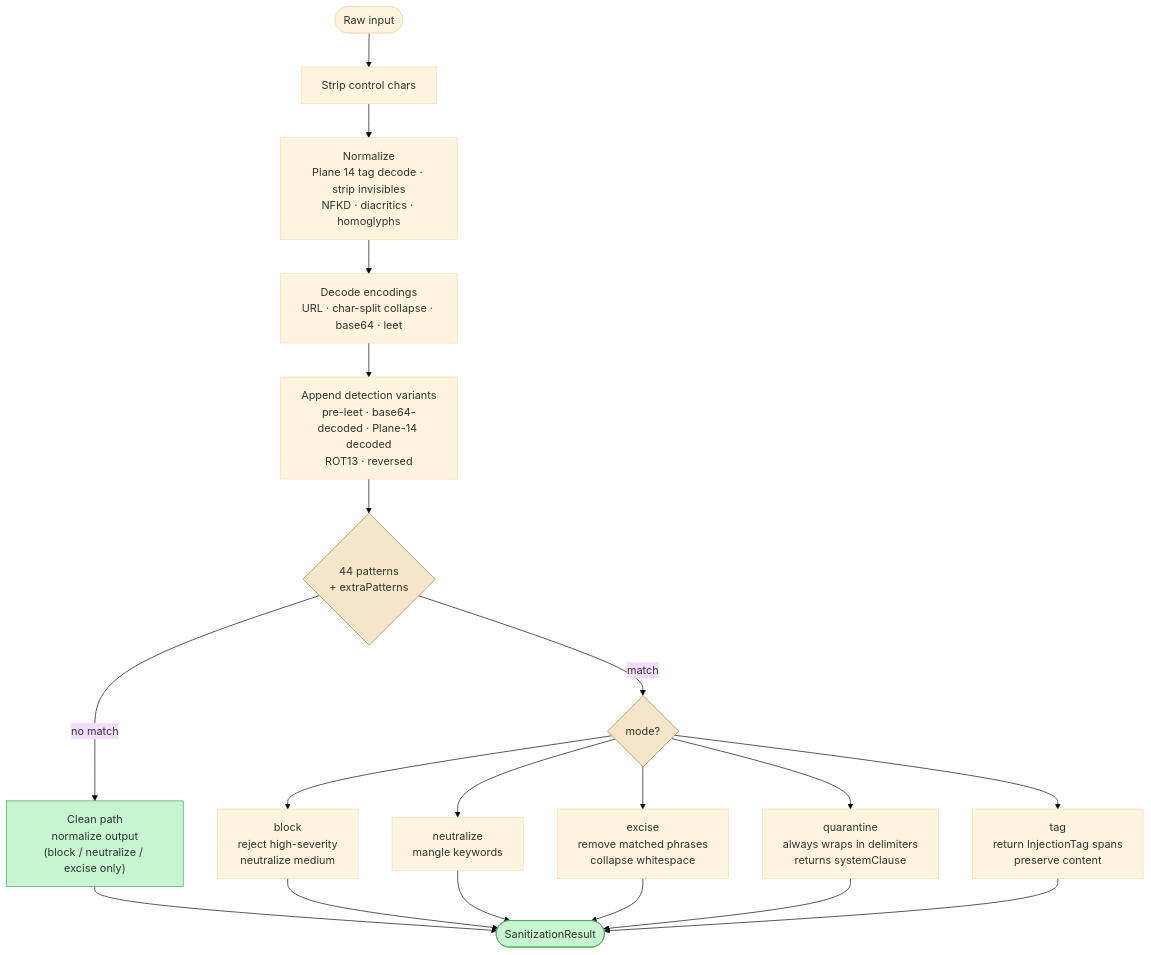
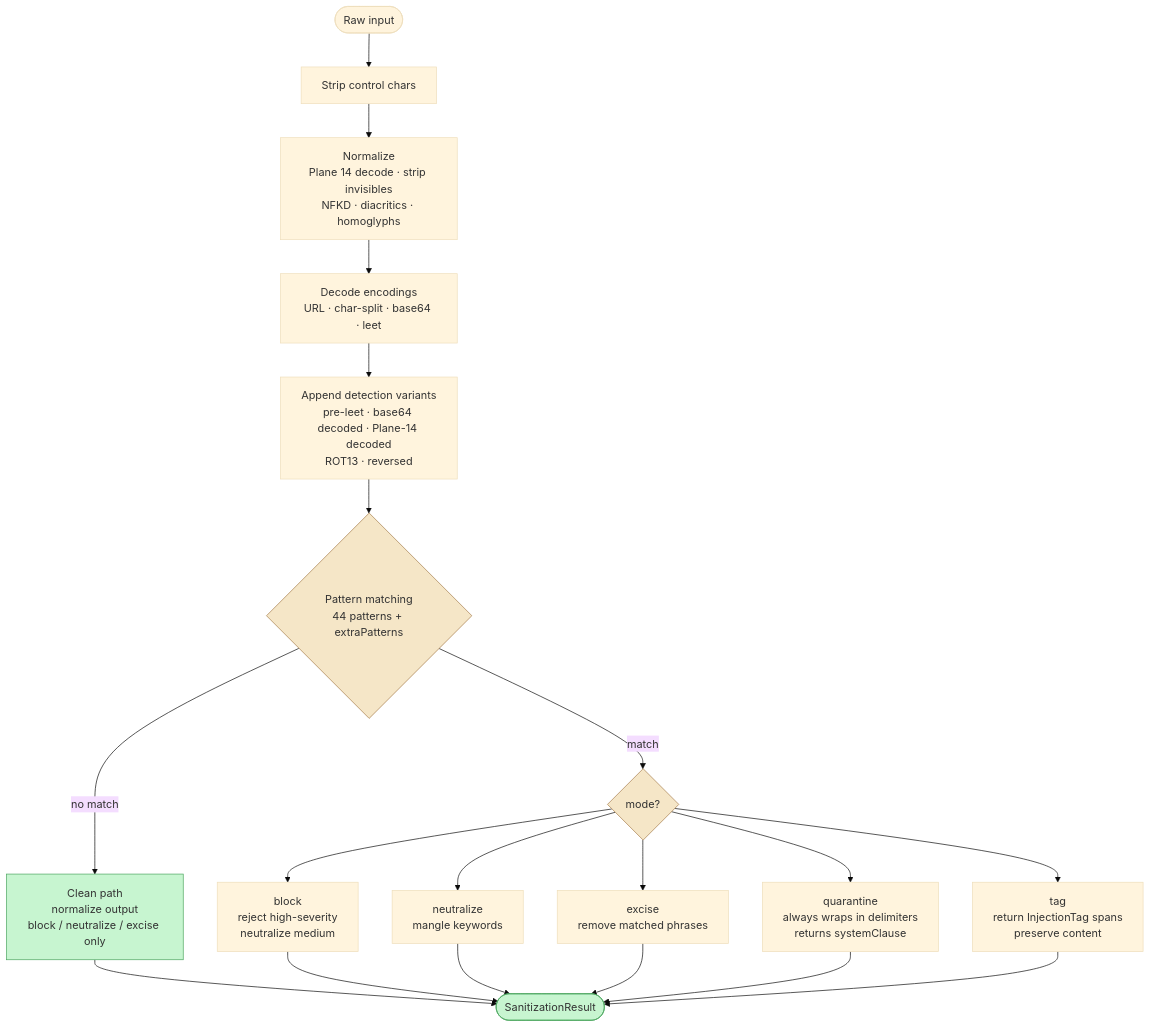
Before and after one commit to shanemhamilton/llm-prompt-guard: the second of 2 diagrams in README.md, drawn with Mermaid (base theme). The commit also changed other lines of this file, not shown here.

Commit message:
docs: fix mermaid diagram rendering on GitHub
Replace \n with <br/> in node labels and expand the combined
multi-source arrow (CLEAN & BL & ... --> OUT) into individual
arrows — both patterns are unreliable in GitHub's Mermaid renderer.

````diff
--- a/README.md
+++ b/README.md
@@ -110,28 +110,29 @@
 ```mermaid
 flowchart TD
     IN([Raw input]) --> S1[Strip control chars]
+    S1 --> S2["Normalize<br/>Plane 14 decode · strip invisibles<br/>NFKD · diacritics · homoglyphs"]
+    S2 --> S3["Decode encodings<br/>URL · char-split · base64 · leet"]
+    S3 --> S4["Append detection variants<br/>pre-leet · base64 decoded · Plane-14 decoded<br/>ROT13 · reversed"]
+    S4 --> DET{"Pattern matching<br/>44 patterns + extraPatterns"}
 
-    S1 --> S2["Normalize\nPlane 14 tag decode · strip invisibles\nNFKD · diacritics · homoglyphs"]
+    DET -->|no match| CLEAN["Clean path<br/>normalize output<br/>block / neutralize / excise only"]
+    DET -->|match| MODE{"mode?"}
 
-    S2 --> S3["Decode encodings\nURL · char-split collapse · base64 · leet"]
+    MODE --> BL["block<br/>reject high-severity<br/>neutralize medium"]
+    MODE --> NE["neutralize<br/>mangle keywords"]
+    MODE --> EX["excise<br/>remove matched phrases"]
+    MODE --> QU["quarantine<br/>always wraps in delimiters<br/>returns systemClause"]
+    MODE --> TG["tag<br/>return InjectionTag spans<br/>preserve content"]
 
-    S3 --> S4["Append detection variants\npre-leet · base64-decoded · Plane-14 decoded\nROT13 · reversed"]
-
-    S4 --> DET{"44 patterns\n+ extraPatterns"}
-
-    DET -- no match --> CLEAN["Clean path\nnormalize output\n(block / neutralize / excise only)"]
-    DET -- match --> MODE{"mode?"}
-
-    MODE --> BL["block\nreject high-severity\nneutralize medium"]
-    MODE --> NE["neutralize\nmangle keywords"]
-    MODE --> EX["excise\nremove matched phrases\ncollapse whitespace"]
-    MODE --> QU["quarantine\nalways wraps in delimiters\nreturns systemClause"]
-    MODE --> TG["tag\nreturn InjectionTag spans\npreserve content"]
-
-    CLEAN & BL & NE & EX & QU & TG --> OUT([SanitizationResult])
+    CLEAN --> OUT([SanitizationResult])
+    BL --> OUT
+    NE --> OUT
+    EX --> OUT
+    QU --> OUT
+    TG --> OUT
 
     style DET fill:#f5e6c7,stroke:#a57c4a
     style MODE fill:#f5e6c7,stroke:#a57c4a
     style CLEAN fill:#c7f5d0,stroke:#4aa55e
     style OUT fill:#c7f5d0,stroke:#4aa55e
 ```
````
